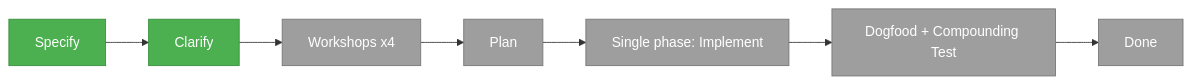
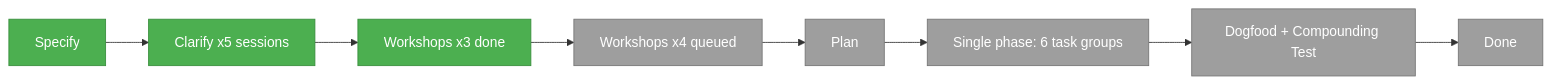
One commit to jakkaj/tools changed the second of 2 diagrams in docs/plans/023-difficulty-ledger-skill/difficulty-ledger-skill.fltplan.md. Above: the diagram before and after it, drawn with Mermaid. The commit also changed other lines of this file and 1 other file, not shown here.

````diff
--- a/docs/plans/023-difficulty-ledger-skill/difficulty-ledger-skill.fltplan.md
+++ b/docs/plans/023-difficulty-ledger-skill/difficulty-ledger-skill.fltplan.md
@@ -123,13 +183,14 @@
 ```mermaid
 flowchart LR
     classDef done fill:#4CAF50,stroke:#388E3C,color:#fff
     classDef active fill:#FFC107,stroke:#FFA000,color:#000
     classDef ready fill:#9E9E9E,stroke:#757575,color:#fff
 
-    S[Specify]:::done --> C[Clarify]:::done
-    C --> W[Workshops x4]:::ready
-    W --> P[Plan]:::ready
-    P --> SP[Single phase: Implement]:::ready
+    S[Specify]:::done --> C[Clarify x5 sessions]:::done
+    C --> WD[Workshops x3 done]:::done
+    WD --> WQ[Workshops x4 queued]:::ready
+    WQ --> P[Plan]:::ready
+    P --> SP[Single phase: 6 task groups]:::ready
     SP --> DT[Dogfood + Compounding Test]:::ready
     DT --> D[Done]:::ready
 ```
````
